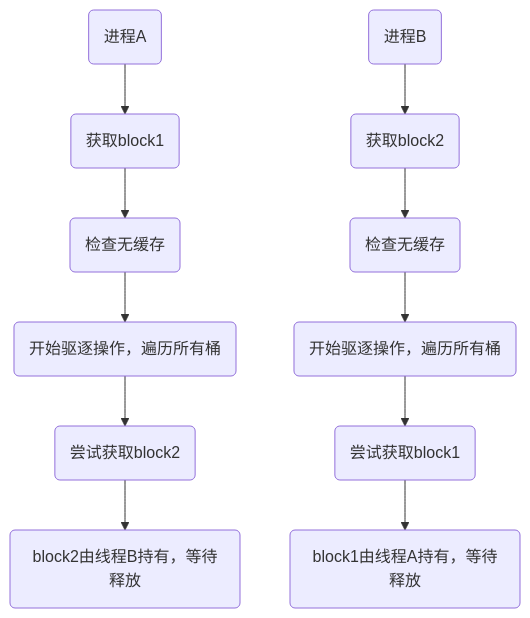
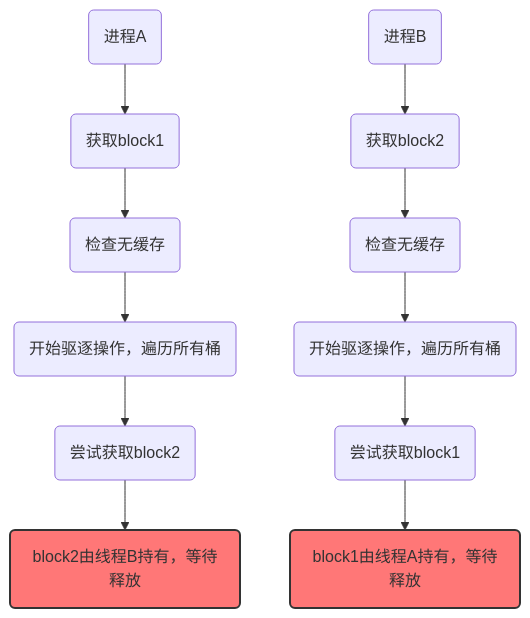
Before and after one commit to CODE-FOR/CODE-FOR.github.io: the first of 3 diagrams in _posts/2025-07-29-Locks.md, drawn with Mermaid. The commit also changed other lines of this file, not shown here.

````diff
--- a/_posts/2025-07-29-Locks.md
+++ b/_posts/2025-07-29-Locks.md
@@ -206,14 +201,19 @@
 ```mermaid
 graph TB
 A(进程A)-->B(获取block1)
 B-->C(检查无缓存)
 C-->D(开始驱逐操作，遍历所有桶)
 D-->E(尝试获取block2)
 E-->Y(block2由线程B持有，等待释放)
 
 F(进程B)-->G(获取block2)
 G-->H(检查无缓存)
 H-->I(开始驱逐操作，遍历所有桶)
 I-->J(尝试获取block1)
 J-->Z(block1由线程A持有，等待释放)
+
+style Y fill:#f77,stroke:#333,stroke-width:2px 
+
+style Z fill:#f77,stroke:#333,stroke-width:2px
+
 ```
````
